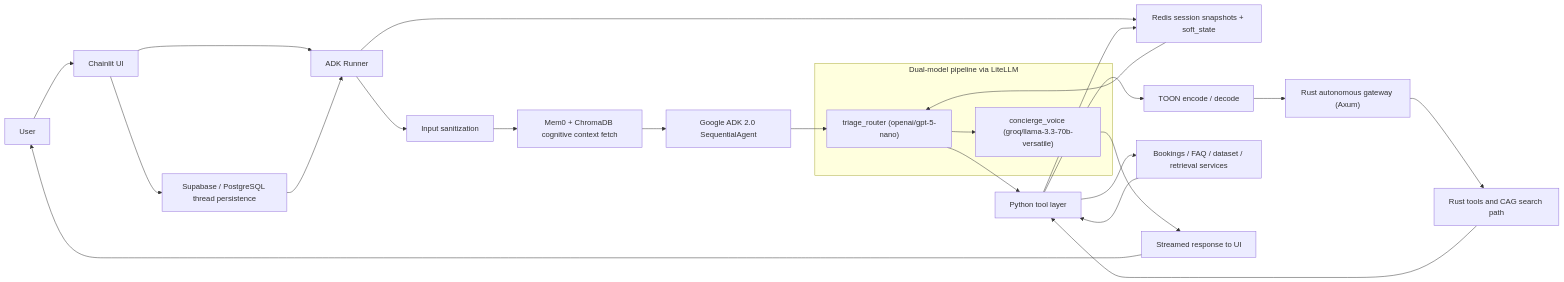
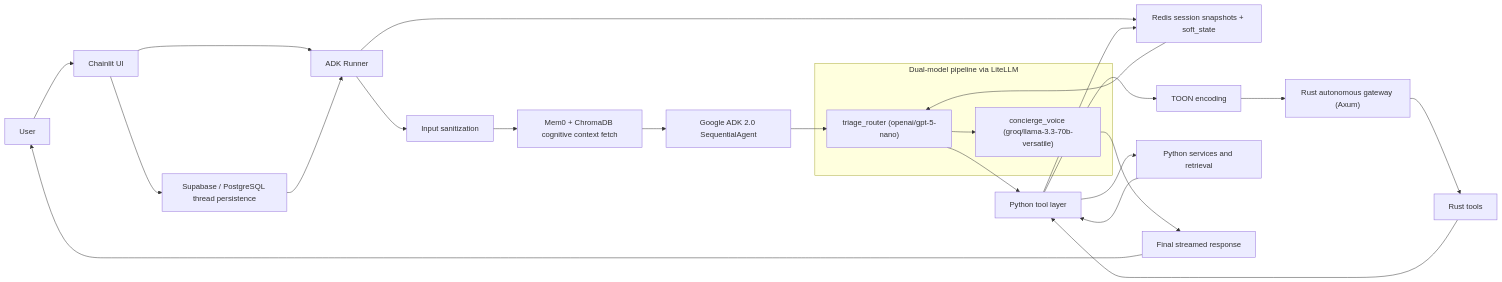
Before and after one commit to muhammadhasaan82/AI_Property_Booking_concierge: the second of 3 diagrams in README.md, drawn with Mermaid. The commit also changed other lines of this file, not shown here.

Commit message:
docs: update README to clarify V2 architecture, enhance descriptions, and improve flowcharts

````diff
--- a/README.md
+++ b/README.md
@@ -29,31 +37,32 @@
 ```mermaid
 flowchart LR
     U["User"] --> CL["Chainlit UI"]
-    CL --> TP["Supabase / PostgreSQL thread persistence"]
+    CL --> SP["Supabase / PostgreSQL thread persistence"]
     CL --> AR["ADK Runner"]
-    TP --> AR
+    SP --> AR
 
     AR --> SAN["Input sanitization"]
     SAN --> MEM["Mem0 + ChromaDB cognitive context fetch"]
     MEM --> SEQ["Google ADK 2.0 SequentialAgent"]
 
     subgraph PIPE["Dual-model pipeline via LiteLLM"]
         TR["triage_router (openai/gpt-5-nano)"]
         CV["concierge_voice (groq/llama-3.3-70b-versatile)"]
         TR --> CV
     end
 
     SEQ --> TR
-    TR --> PT["Python tool layer"]
     AR --> RS["Redis session snapshots + soft_state"]
     RS --> TR
-    PT --> TOON["TOON encode / decode"]
+
+    TR --> PT["Python tool layer"]
+    PT --> TOON["TOON encoding"]
     TOON --> RG["Rust autonomous gateway (Axum)"]
-    RG --> RT["Rust tools and CAG search path"]
-    PT --> DB["Bookings / FAQ / dataset / retrieval services"]
+    RG --> RT["Rust tools"]
+    PT --> SV["Python services and retrieval"]
     RT --> PT
-    DB --> PT
+    SV --> PT
     PT --> RS
-    CV --> OUT["Streamed response to UI"]
+    CV --> OUT["Final streamed response"]
     OUT --> U
 ```
````
